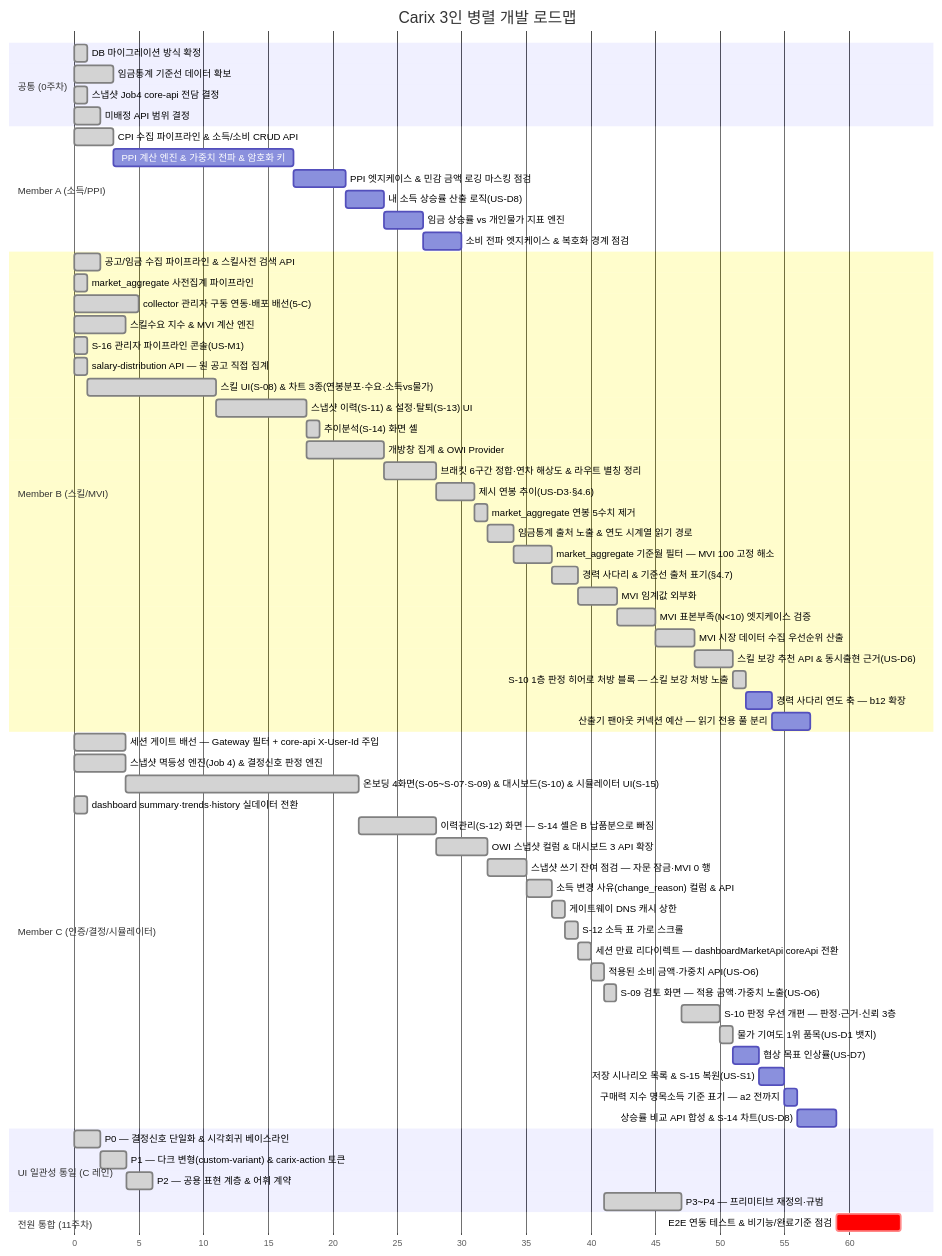
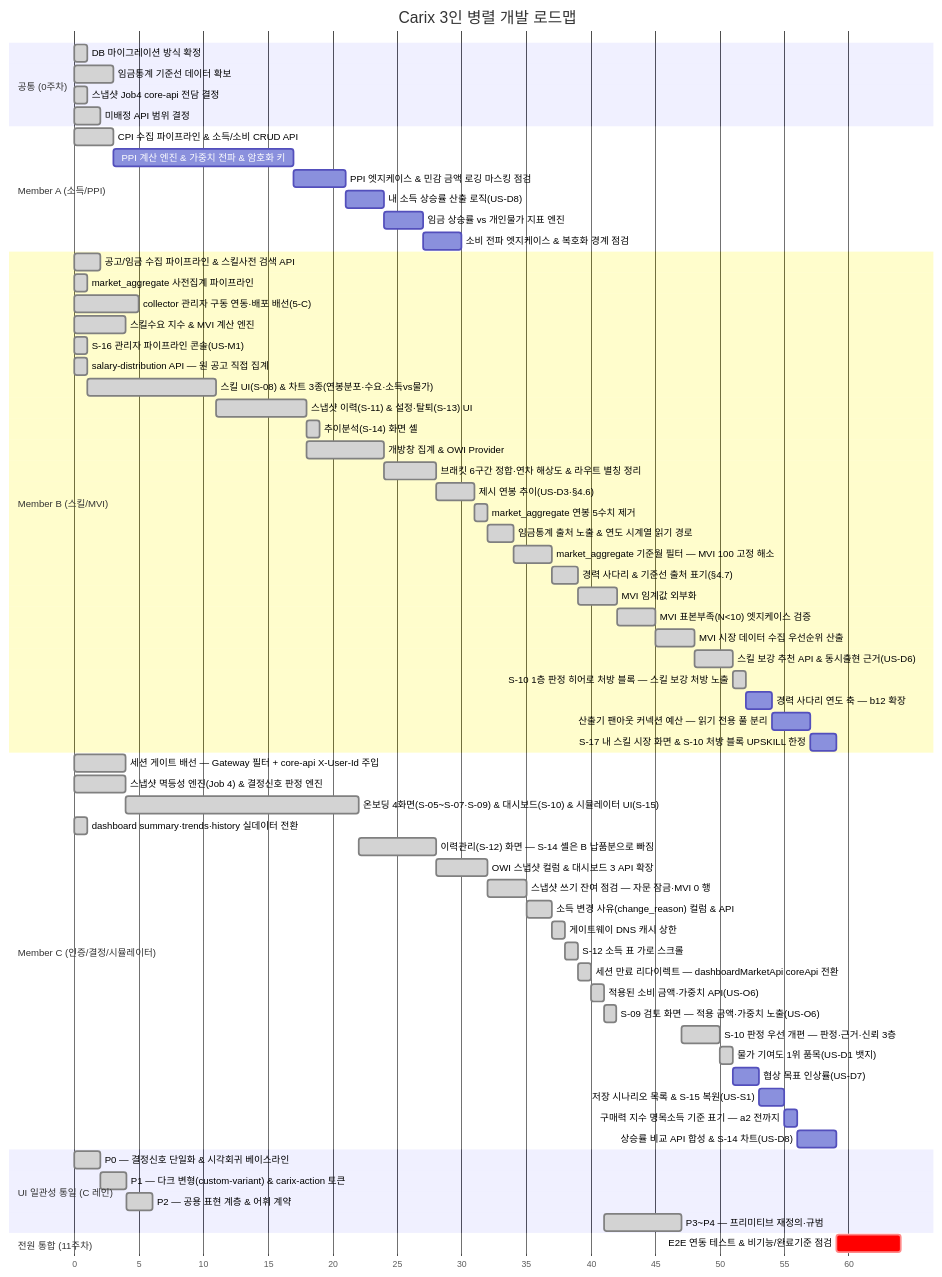
The first of 2 diagrams in docs/plans/carix-dev-plan.md (SeoHyeokGyu/Carix), drawn with Mermaid before and after one commit. The commit also changed other lines of this file and 2 other files, not shown here.

````diff
--- a/docs/plans/carix-dev-plan.md
+++ b/docs/plans/carix-dev-plan.md
@@ -89,69 +89,70 @@
 ```mermaid
 gantt
     title Carix 3인 병렬 개발 로드맵
     dateFormat X
     axisFormat %s
     section 공통 (0주차)
     DB 마이그레이션 방식 확정 :done, c0a, 0, 1s
     임금통계 기준선 데이터 확보 :done, a0, 3, 3s
     스냅샷 Job4 core-api 전담 결정 :done, i0, 7, 1s
     미배정 API 범위 결정 :done, c0, 7, 2s
     section Member A (소득/PPI)
     CPI 수집 파이프라인 & 소득/소비 CRUD API :done, a1, 12, 3s
     PPI 계산 엔진 & 가중치 전파 & 암호화 키 :a2, after a1, 14s
     PPI 엣지케이스 & 민감 금액 로깅 마스킹 점검 :a7, after a2, 4s
     내 소득 상승률 산출 로직(US-D8) :a9, after a7, 3s
     임금 상승률 vs 개인물가 지표 엔진 :a10, after a9, 3s
     소비 전파 엣지케이스 & 복호화 경계 점검 :a12, after a10, 3s
     section Member B (스킬/MVI)
     공고/임금 수집 파이프라인 & 스킬사전 검색 API :done, b1, 2, 2s
     market_aggregate 사전집계 파이프라인 :done, b2a, 3, 1s
     collector 관리자 구동 연동·배포 배선(5-C) :done, b0, 7, 5s
     스킬수요 지수 & MVI 계산 엔진 :done, b2, 8, 4s
     S-16 관리자 파이프라인 콘솔(US-M1) :done, b16, 14, 1s
     salary-distribution API — 원 공고 직접 집계 :done, b3a, 15, 1s
     스킬 UI(S-08) & 차트 3종(연봉분포·수요·소득vs물가) :done, b3, after b3a, 10s
     스냅샷 이력(S-11) & 설정·탈퇴(S-13) UI :done, b4, after b3, 7s
     추이분석(S-14) 화면 셸 :done, b4a, after b4, 1s
     개방창 집계 & OWI Provider :done, b6, after b4, 6s
     브래킷 6구간 정합·연차 해상도 & 라우트 별칭 정리 :done, b7, after b6, 4s
     제시 연봉 추이(US-D3·§4.6) :done, b10, after b7, 3s
     market_aggregate 연봉 5수치 제거 :done, b11, after b10, 1s
     임금통계 출처 노출 & 연도 시계열 읽기 경로 :done, b13, after b11, 2s
     market_aggregate 기준월 필터 — MVI 100 고정 해소 :done, b18, after b13, 3s
     경력 사다리 & 기준선 출처 표기(§4.7) :done, b12, after b18, 2s
     MVI 임계값 외부화 :done, b8, after b12, 3s
     MVI 표본부족(N<10) 엣지케이스 검증 :done, b8a, after b8, 3s
     MVI 시장 데이터 수집 우선순위 산출 :done, b8b, after b8a, 3s
     스킬 보강 추천 API & 동시출현 근거(US-D6) :done, b9, after b8b, 3s
     S-10 1층 판정 히어로 처방 블록 — 스킬 보강 처방 노출 :done, b15, after b9, 1s
     경력 사다리 연도 축 — b12 확장 :b14, after b15, 2s
     산출기 팬아웃 커넥션 예산 — 읽기 전용 풀 분리 :b17, after b14, 3s
+    S-17 내 스킬 시장 화면 & S-10 처방 블록 UPSKILL 한정 :b19, after b17, 2s
     section Member C (인증/결정/시뮬레이터)
     세션 게이트 배선 — Gateway 필터 + core-api X-User-Id 주입 :done, c0b, 7, 4s
     스냅샷 멱등성 엔진(Job 4) & 결정신호 판정 엔진 :done, c2, 8, 4s
     온보딩 4화면(S-05~S-07·S-09) & 대시보드(S-10) & 시뮬레이터 UI(S-15) :done, c3, after c2, 18s
     dashboard summary·trends·history 실데이터 전환 :done, c4a, 15, 1s
     이력관리(S-12) 화면 — S-14 셸은 B 납품분으로 빠짐 :done, c4, after c3, 6s
     OWI 스냅샷 컬럼 & 대시보드 3 API 확장 :done, c6, after c4, 4s
     스냅샷 쓰기 잔여 점검 — 자문 잠금·MVI 0 행 :done, c5, after c6, 3s
     소득 변경 사유(change_reason) 컬럼 & API :done, c10, after c5, 2s
     게이트웨이 DNS 캐시 상한 :done, c7, after c10, 1s
     S-12 소득 표 가로 스크롤 :done, c13, after c7, 1s
     세션 만료 리다이렉트 — dashboardMarketApi coreApi 전환 :done, c16, after c13, 1s
     적용된 소비 금액·가중치 API(US-O6) :done, c11, after c16, 1s
     S-09 검토 화면 — 적용 금액·가중치 노출(US-O6) :done, c17, after c11, 1s
     S-10 판정 우선 개편 — 판정·근거·신뢰 3층 :done, c15, after ui3, 3s
     물가 기여도 1위 품목(US-D1 뱃지) :done, c12, after c15, 1s
     협상 목표 인상률(US-D7) :c8, after c12, 2s
     저장 시나리오 목록 & S-15 복원(US-S1) :c9, after c8, 2s
     구매력 지수 명목소득 기준 표기 — a2 전까지 :c18, after c9, 1s
     상승률 비교 API 합성 & S-14 차트(US-D8) :c14, after c18 a9 a10 b13, 3s
     section UI 일관성 통일 (C 레인)
     P0 — 결정신호 단일화 & 시각회귀 베이스라인 :done, ui0, 33, 2s
     P1 — 다크 변형(custom-variant) & carix-action 토큰 :done, ui1, after ui0, 2s
     P2 — 공용 표현 계층 & 어휘 계약 :done, ui2, after ui1, 2s
     P3~P4 — 프리미티브 재정의·규범 :done, ui3, after c11, 6s
     section 전원 통합 (11주차)
-    E2E 연동 테스트 & 비기능/완료기준 점검 :crit, e2e, after a12 b17 c14, 5s
+    E2E 연동 테스트 & 비기능/완료기준 점검 :crit, e2e, after a12 b19 c14, 5s
 ```
````
